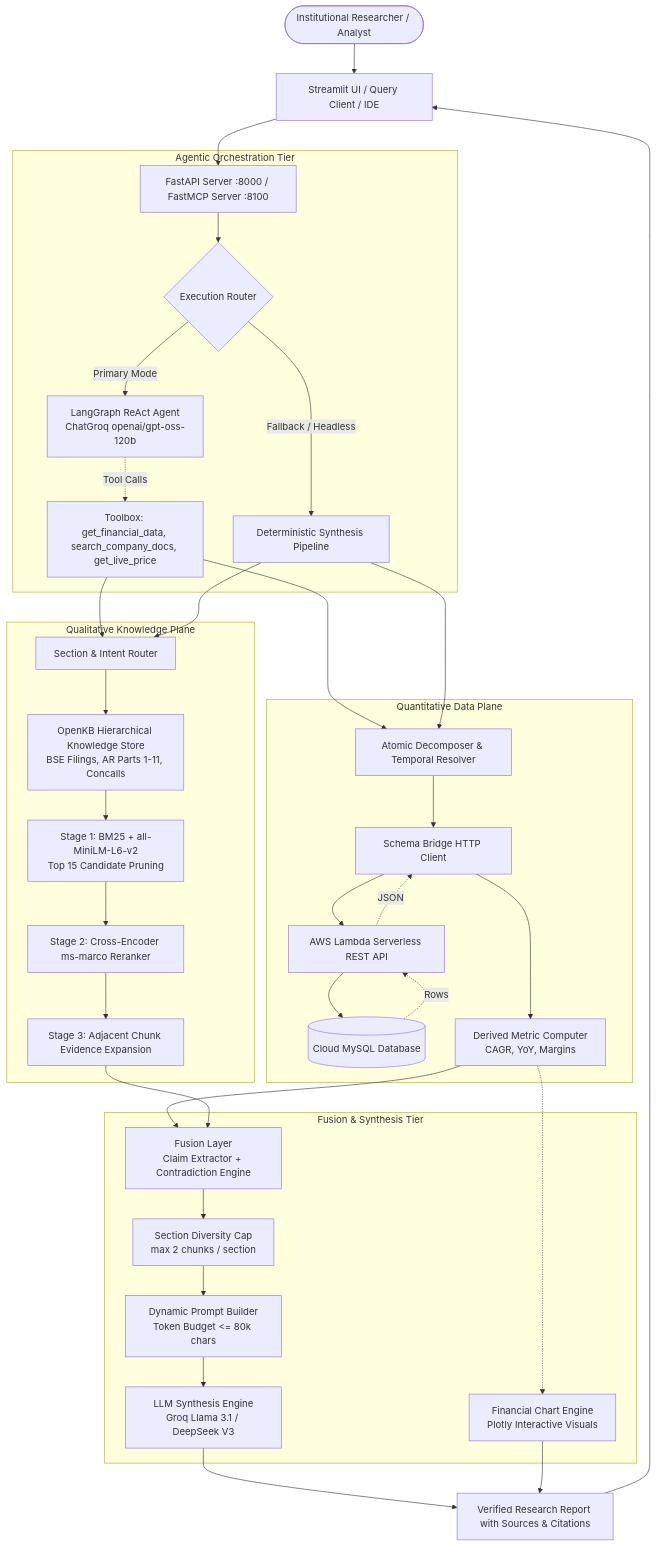
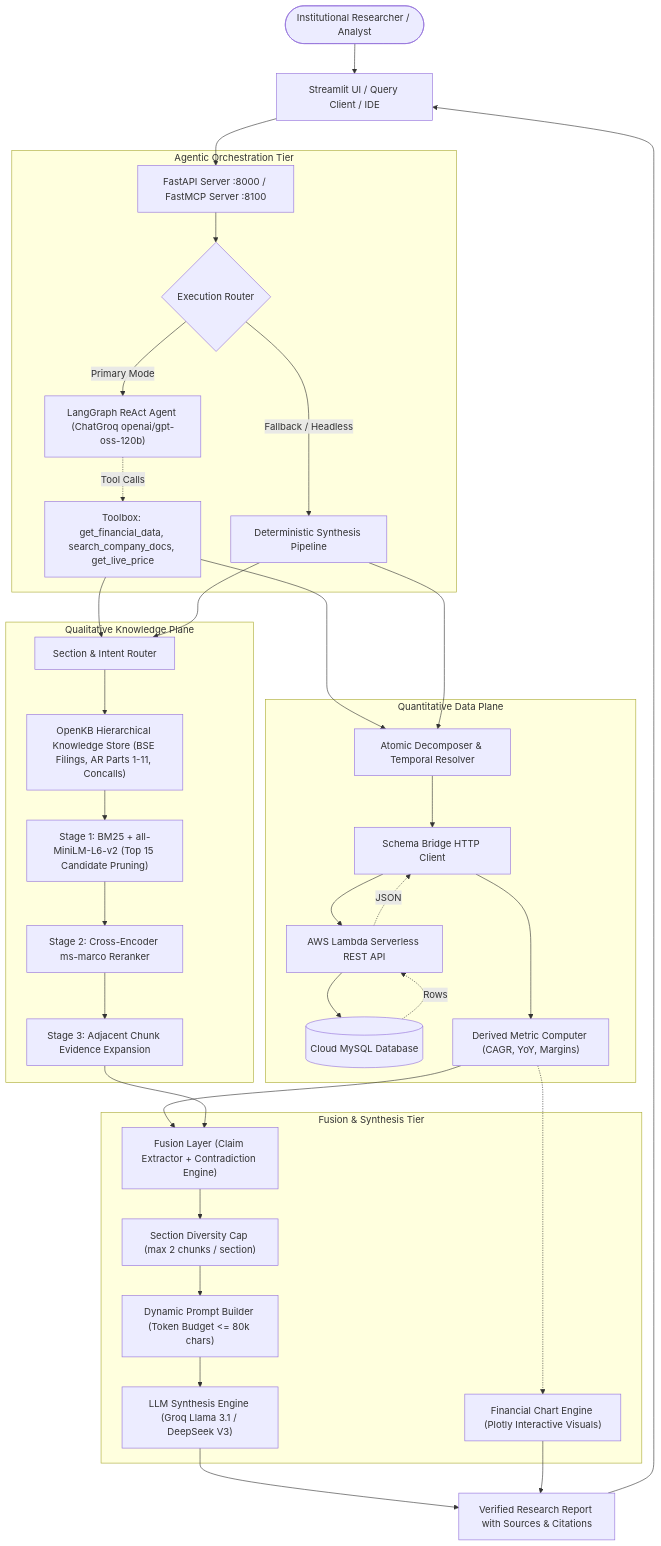
One commit to Import-Saurabh/Financial-Rag changed the first of 2 diagrams in docs/HLD.md. Above: the diagram before and after it, drawn with Mermaid. The commit also changed other lines of this file and 3 other files, not shown here.

Commit message:
fix(docs): quote Mermaid node labels and format charts for GitHub markdown rendering

````diff
--- a/docs/HLD.md
+++ b/docs/HLD.md
@@ -39,43 +39,43 @@
 ```mermaid
 flowchart TD
-    User([Institutional Researcher / Analyst]) --> UI[Streamlit UI / Query Client / IDE]
-    UI --> API[FastAPI Server :8000 / FastMCP Server :8100]
+    User([Institutional Researcher / Analyst]) --> UI["Streamlit UI / Query Client / IDE"]
+    UI --> API["FastAPI Server :8000 / FastMCP Server :8100"]
 
-    subgraph Orchestrator [Agentic Orchestration Tier]
-        API --> Router{Execution Router}
-        Router -->|Primary Mode| Agent[LangGraph ReAct Agent\nChatGroq openai/gpt-oss-120b]
-        Router -->|Fallback / Headless| Linear[Deterministic Synthesis Pipeline]
-        Agent -.->|Tool Calls| Tools[Toolbox: get_financial_data, search_company_docs, get_live_price]
+    subgraph Orchestrator ["Agentic Orchestration Tier"]
+        API --> Router{"Execution Router"}
+        Router -->|Primary Mode| Agent["LangGraph ReAct Agent (ChatGroq openai/gpt-oss-120b)"]
+        Router -->|Fallback / Headless| Linear["Deterministic Synthesis Pipeline"]
+        Agent -.->|Tool Calls| Tools["Toolbox: get_financial_data, search_company_docs, get_live_price"]
     end
 
-    subgraph QuantPath [Quantitative Data Plane]
-        Tools & Linear --> Decomp[Atomic Decomposer & Temporal Resolver]
-        Decomp --> Bridge[Schema Bridge HTTP Client]
-        Bridge --> Lambda[AWS Lambda Serverless REST API]
-        Lambda --> MySQL[(Cloud MySQL Database)]
+    subgraph QuantPath ["Quantitative Data Plane"]
+        Tools & Linear --> Decomp["Atomic Decomposer & Temporal Resolver"]
+        Decomp --> Bridge["Schema Bridge HTTP Client"]
+        Bridge --> Lambda["AWS Lambda Serverless REST API"]
+        Lambda --> MySQL[("Cloud MySQL Database")]
         MySQL -. Rows .-> Lambda
         Lambda -. JSON .-> Bridge
-        Bridge --> MetricComp[Derived Metric Computer\nCAGR, YoY, Margins]
+        Bridge --> MetricComp["Derived Metric Computer (CAGR, YoY, Margins)"]
     end
 
-    subgraph QualPath [Qualitative Knowledge Plane]
-        Tools & Linear --> SecRouter[Section & Intent Router]
-        SecRouter --> OpenKB[OpenKB Hierarchical Knowledge Store\nBSE Filings, AR Parts 1-11, Concalls]
-        OpenKB --> HybridSearch[Stage 1: BM25 + all-MiniLM-L6-v2\nTop 15 Candidate Pruning]
-        HybridSearch --> CrossEncoder[Stage 2: Cross-Encoder ms-marco Reranker]
-        CrossEncoder --> Expansion[Stage 3: Adjacent Chunk Evidence Expansion]
+    subgraph QualPath ["Qualitative Knowledge Plane"]
+        Tools & Linear --> SecRouter["Section & Intent Router"]
+        SecRouter --> OpenKB["OpenKB Hierarchical Knowledge Store (BSE Filings, AR Parts 1-11, Concalls)"]
+        OpenKB --> HybridSearch["Stage 1: BM25 + all-MiniLM-L6-v2 (Top 15 Candidate Pruning)"]
+        HybridSearch --> CrossEncoder["Stage 2: Cross-Encoder ms-marco Reranker"]
+        CrossEncoder --> Expansion["Stage 3: Adjacent Chunk Evidence Expansion"]
     end
 
-    subgraph FusionTier [Fusion & Synthesis Tier]
-        MetricComp --> Fusion[Fusion Layer\nClaim Extractor + Contradiction Engine]
+    subgraph FusionTier ["Fusion & Synthesis Tier"]
+        MetricComp --> Fusion["Fusion Layer (Claim Extractor + Contradiction Engine)"]
         Expansion --> Fusion
-        Fusion --> Diversity[Section Diversity Cap\nmax 2 chunks / section]
-        Diversity --> PromptBuild[Dynamic Prompt Builder\nToken Budget <= 80k chars]
-        PromptBuild --> LLM[LLM Synthesis Engine\nGroq Llama 3.1 / DeepSeek V3]
-        MetricComp -.-> Charts[Financial Chart Engine\nPlotly Interactive Visuals]
+        Fusion --> Diversity["Section Diversity Cap (max 2 chunks / section)"]
+        Diversity --> PromptBuild["Dynamic Prompt Builder (Token Budget <= 80k chars)"]
+        PromptBuild --> LLM["LLM Synthesis Engine (Groq Llama 3.1 / DeepSeek V3)"]
+        MetricComp -.-> Charts["Financial Chart Engine (Plotly Interactive Visuals)"]
     end
 
-    LLM --> Response[Verified Research Report with Sources & Citations]
+    LLM --> Response["Verified Research Report with Sources & Citations"]
     Charts --> Response
     Response --> UI
 ```
````
